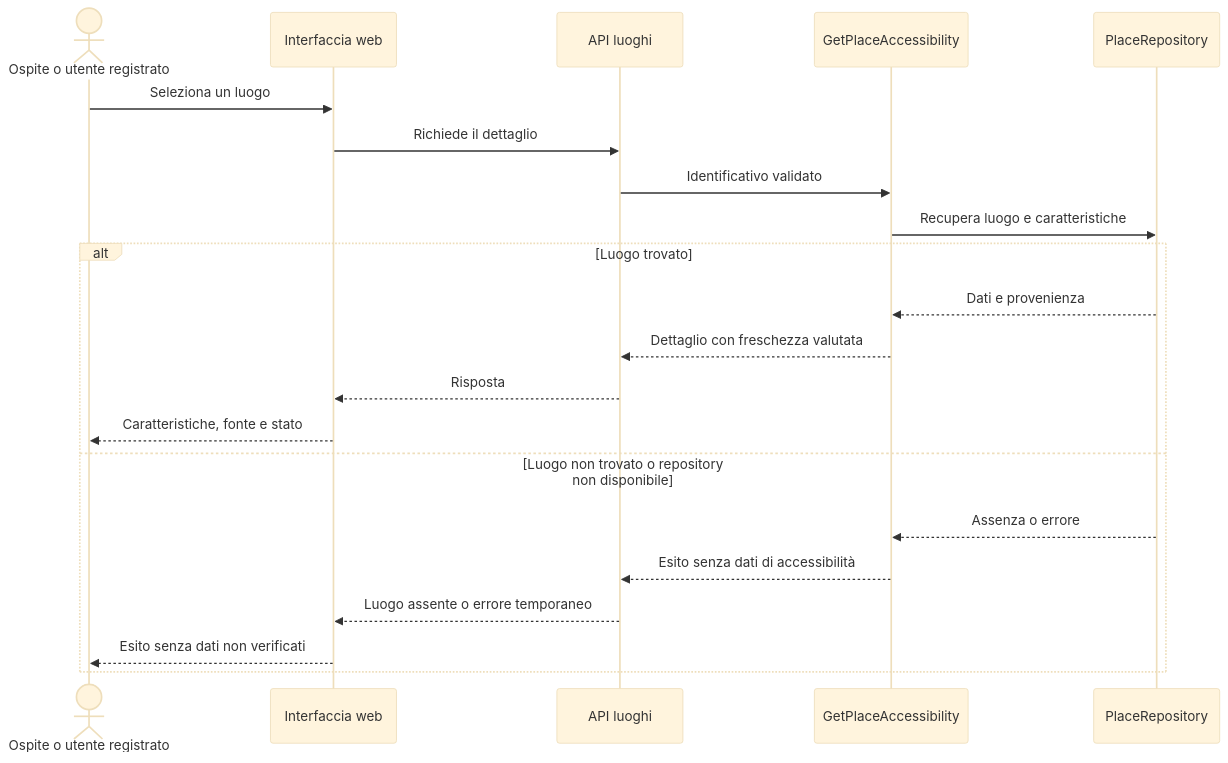
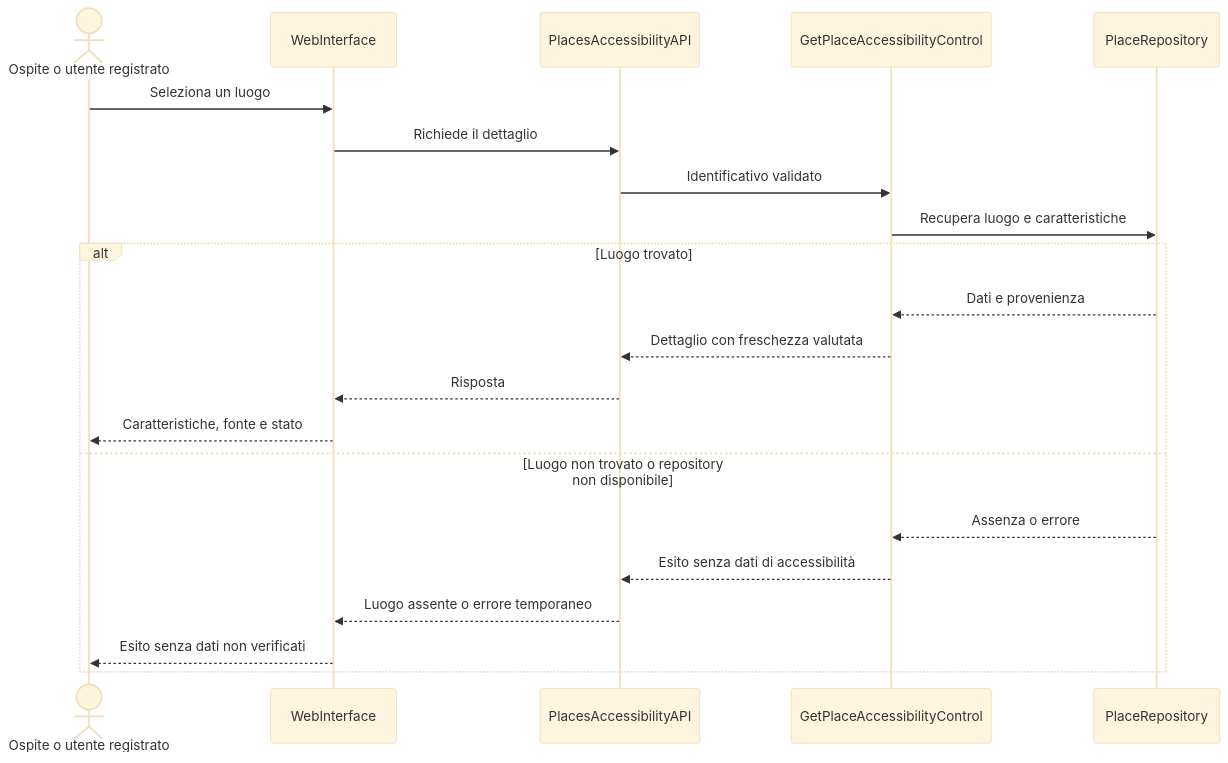
One commit to andreaplini/aegis changed the fourth of 9 diagrams in docs/RAD.md. Above: the diagram before and after it, drawn with Mermaid (base theme). The commit also changed other lines of this file and 3 other files, not shown here.

Commit message:
docs: simplify domain model and name UML objects

````diff
--- a/docs/RAD.md
+++ b/docs/RAD.md
@@ -514,24 +484,24 @@
 ```mermaid
 sequenceDiagram
   accDescr: Il sistema recupera luogo e caratteristiche, poi restituisce stato, fonte e validità.
   actor U as Ospite o utente registrato
-  participant UI as Interfaccia web
-  participant API as API luoghi
-  participant UC as GetPlaceAccessibility
+  participant UI as WebInterface
+  participant API as PlacesAccessibilityAPI
+  participant UC as GetPlaceAccessibilityControl
   participant Repo as PlaceRepository
   U->>UI: Seleziona un luogo
   UI->>API: Richiede il dettaglio
   API->>UC: Identificativo validato
   UC->>Repo: Recupera luogo e caratteristiche
   alt Luogo trovato
     Repo-->>UC: Dati e provenienza
     UC-->>API: Dettaglio con freschezza valutata
     API-->>UI: Risposta
     UI-->>U: Caratteristiche, fonte e stato
   else Luogo non trovato o repository non disponibile
     Repo-->>UC: Assenza o errore
     UC-->>API: Esito senza dati di accessibilità
     API-->>UI: Luogo assente o errore temporaneo
     UI-->>U: Esito senza dati non verificati
   end
 ```
````
